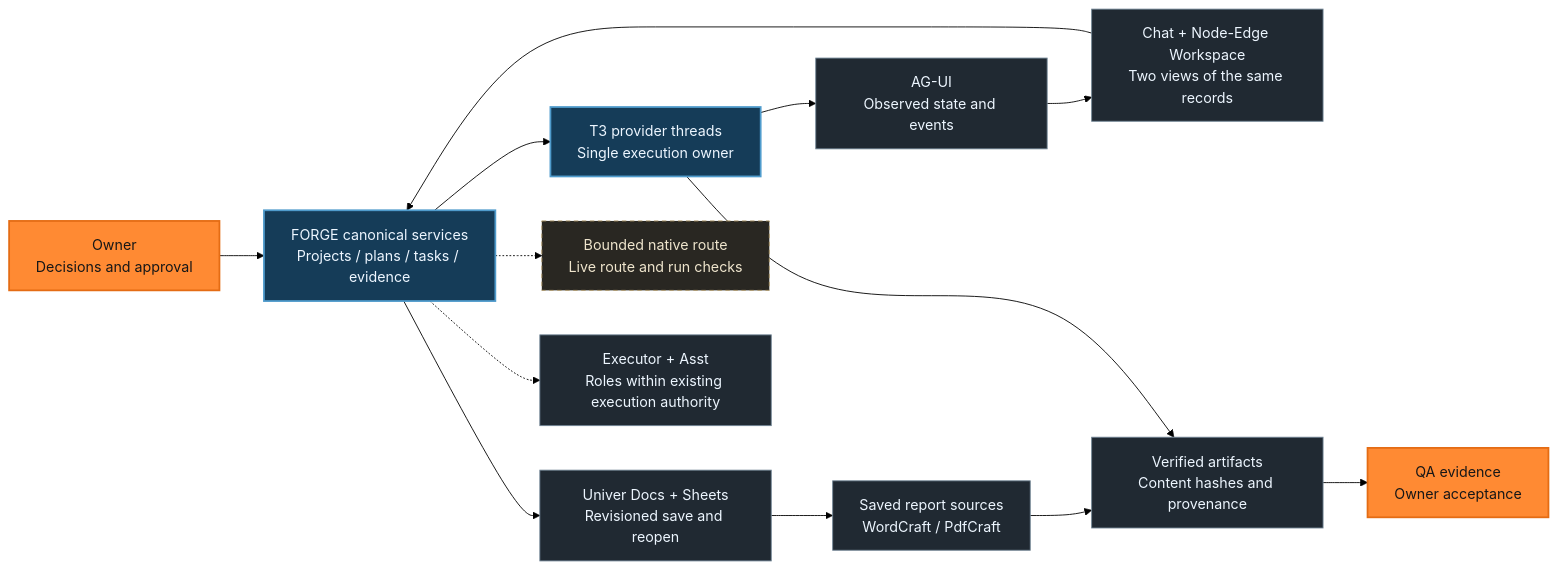
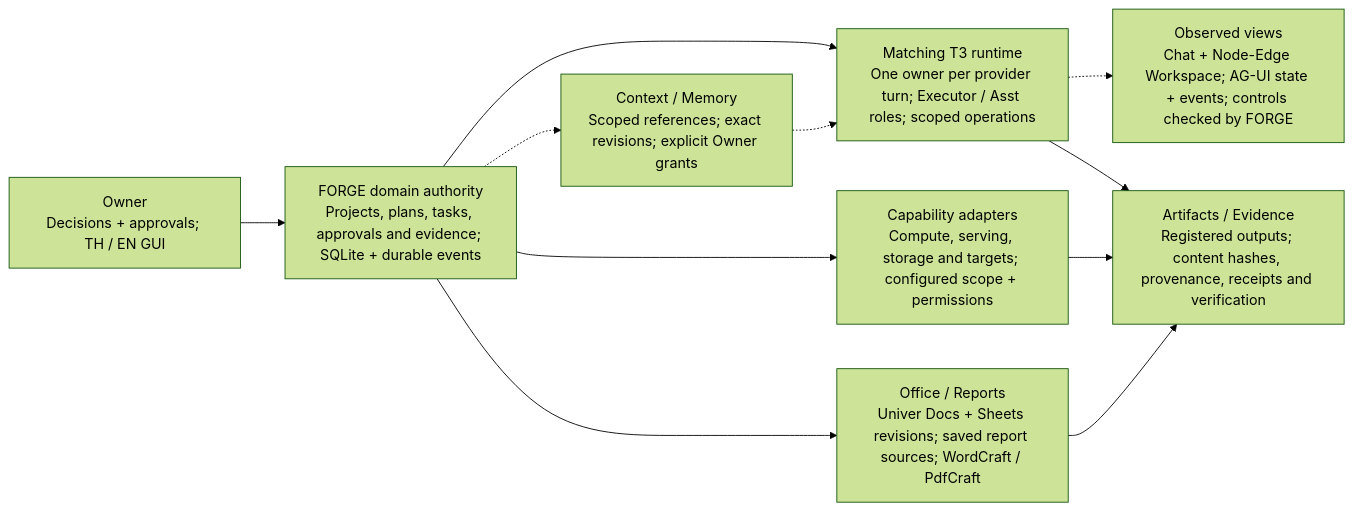
Before and after one commit to siriponsri/forge-agents: the diagram in docs/media/architecture.mmd, drawn with Mermaid (forest theme). The commit also changed 70 other files, not shown here.

Commit message:
docs: add editorial horizontal workflow and architecture diagrams

```diff
--- a/docs/media/architecture.mmd
+++ b/docs/media/architecture.mmd
@@ -1,21 +1,23 @@
+%% Semantic source only. Editorial layout: tools/readme-media/diagrams.mjs.
+%% Eight components. Connections are selected relationships, not an API call map.
 flowchart LR
-  Owner["Owner<br/>Decisions and approval"] --> Forge["FORGE canonical services<br/>Projects / plans / tasks / evidence"]
-  Forge --> T3["T3 provider threads<br/>Single execution owner"]
-  T3 --> Projection["AG-UI<br/>Observed state and events"]
-  Projection --> Views["Chat + Node-Edge Workspace<br/>Two views of the same records"]
-  Views --> Forge
-  Forge --> Office["Univer Docs + Sheets<br/>Revisioned save and reopen"]
-  Office --> Reports["Saved report sources<br/>WordCraft / PdfCraft"]
-  Reports --> Artifacts["Verified artifacts<br/>Content hashes and provenance"]
+  Owner["Owner<br/>Decisions + approvals; TH / EN GUI"]
+  Forge["FORGE domain authority<br/>Projects, plans, tasks, approvals and evidence; SQLite + durable events"]
+  T3["Matching T3 runtime<br/>One owner per provider turn; Executor / Asst roles; scoped operations"]
+  Views["Observed views<br/>Chat + Node-Edge Workspace; AG-UI state + events; controls checked by FORGE"]
+  Office["Office / Reports<br/>Univer Docs + Sheets revisions; saved report sources; WordCraft / PdfCraft"]
+  Memory["Context / Memory<br/>Scoped references; exact revisions; explicit Owner grants"]
+  Compute["Capability adapters<br/>Compute, serving, storage and targets; configured scope + permissions"]
+  Artifacts["Artifacts / Evidence<br/>Registered outputs; content hashes, provenance, receipts and verification"]
+  Owner --> Forge --> T3
+  T3 -.-> Views
+  Forge -.-> Memory
+  Memory -.-> T3
+  Forge --> Office
+  Forge --> Compute
   T3 --> Artifacts
-  Artifacts --> Review["QA evidence<br/>Owner acceptance"]
-  Forge -.-> Guard["Bounded native route<br/>Live route and run checks"]
-  Forge -.-> Assist["Executor + Asst<br/>Roles within existing execution authority"]
-  classDef owner fill:#ff8a33,color:#171717,stroke:#e46c14,stroke-width:2px;
-  classDef core fill:#153c58,color:#edf6ff,stroke:#4f9bcc,stroke-width:2px;
-  classDef data fill:#202932,color:#edf6ff,stroke:#708494;
-  classDef pending fill:#292722,color:#efe5cd,stroke:#ad9666,stroke-dasharray:5 4;
-  class Owner,Review owner;
-  class Forge,T3 core;
-  class Projection,Views,Office,Reports,Artifacts,Assist data;
-  class Guard pending;
+  Compute --> Artifacts
+  Office --> Artifacts
+%% Solid: coordination / outputs. Dashed: observations / scoped context.
+%% Unknown outcome or cost remains unknown; reconcile existing identity first.
+%% Integration boundaries do not establish live qualification or Home UAT.
```
